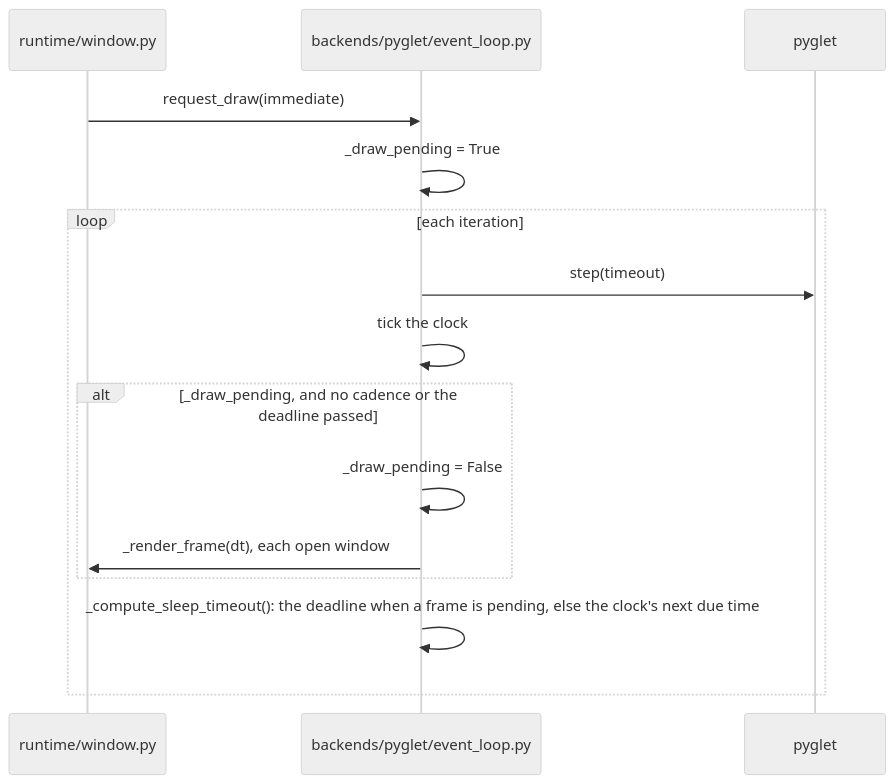
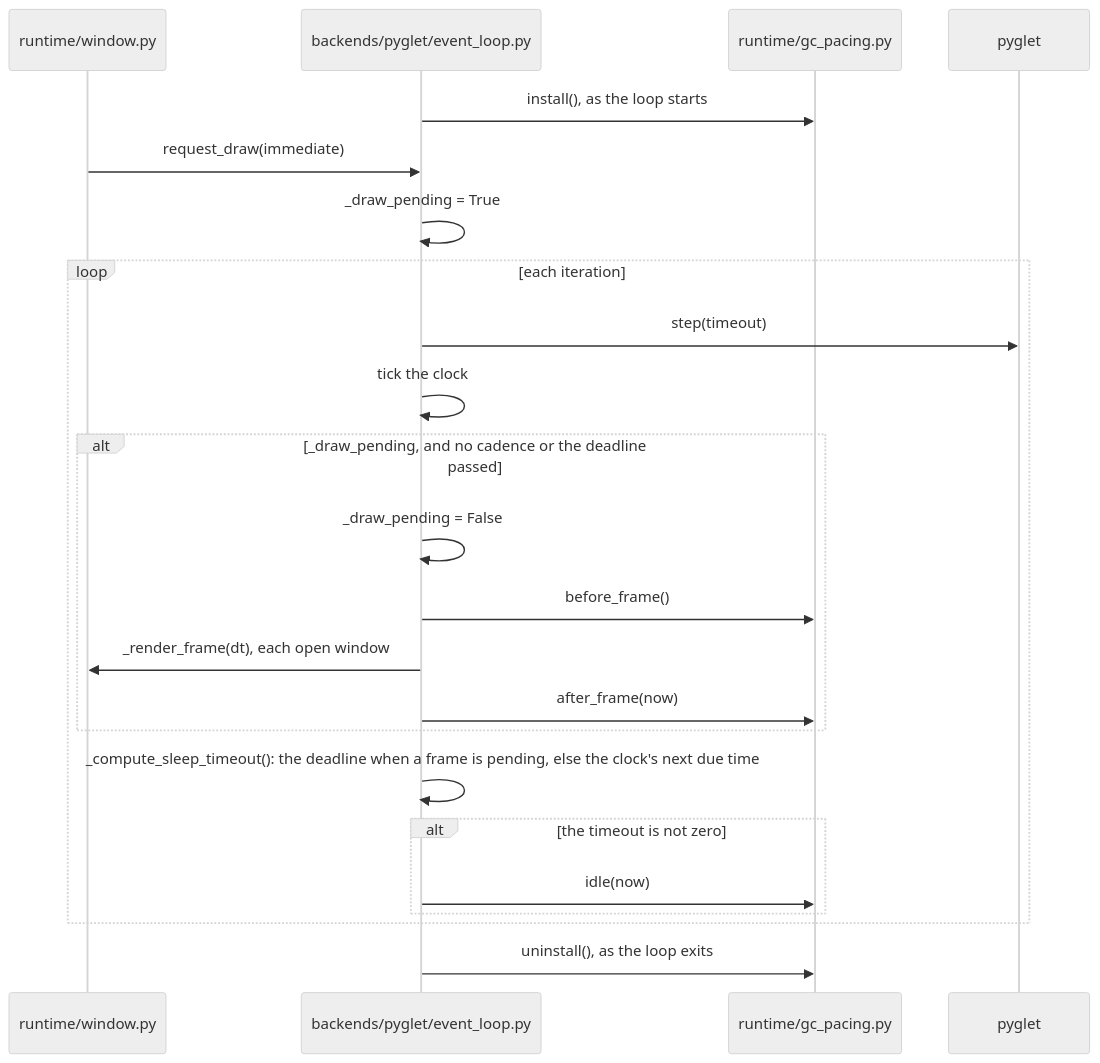
Before and after one commit to yuksblog/nuiitivet: the third of 8 diagrams in docs/design/RENDERING_PIPELINE.md, drawn with Mermaid (neutral theme). The commit also changed other lines of this file and 7 other files, not shown here.

First line of the commit message:
perf(runtime): the frame loop paces the garbage collector

````diff
--- a/docs/design/RENDERING_PIPELINE.md
+++ b/docs/design/RENDERING_PIPELINE.md
@@ -83,18 +89,26 @@
 ```mermaid
 sequenceDiagram
     participant W as runtime/window.py
     participant L as backends/pyglet/event_loop.py
+    participant G as runtime/gc_pacing.py
     participant P as pyglet
 
+    L->>G: install(), as the loop starts
     W->>L: request_draw(immediate)
     L->>L: _draw_pending = True
     loop each iteration
         L->>P: step(timeout)
         L->>L: tick the clock
         alt _draw_pending, and no cadence or the deadline passed
             L->>L: _draw_pending = False
+            L->>G: before_frame()
             L->>W: _render_frame(dt), each open window
+            L->>G: after_frame(now)
         end
         L->>L: _compute_sleep_timeout(): the deadline when a frame is pending, else the clock's next due time
+        alt the timeout is not zero
+            L->>G: idle(now)
+        end
     end
+    L->>G: uninstall(), as the loop exits
 ```
````
